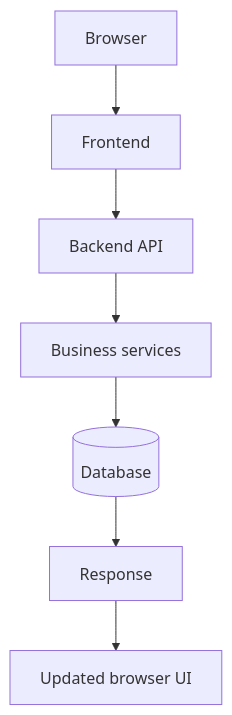
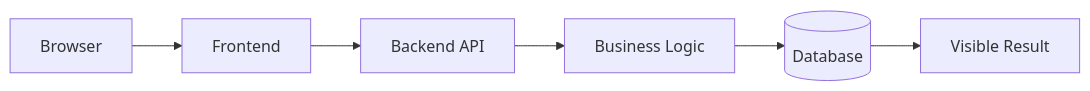
One commit to AvadhBhalodiya/Interview-Preparation changed the fifth of 7 diagrams in src/content/testing/unit-integration-e2e.md. Above: the diagram before and after it, drawn with Mermaid. The commit also changed other lines of this file and 54 other files, not shown here.

````diff
--- a/src/content/testing/unit-integration-e2e.md
+++ b/src/content/testing/unit-integration-e2e.md
@@ -457,13 +263,12 @@
 ```mermaid
-flowchart TD
+flowchart LR
     BROWSER[Browser]
     FRONTEND[Frontend]
     API[Backend API]
-    SERVICES[Business services]
+    SERVICE[Business Logic]
     DB[(Database)]
-    RESPONSE[Response]
-    UI[Updated browser UI]
+    RESULT[Visible Result]
 
-    BROWSER --> FRONTEND --> API --> SERVICES --> DB
-    DB --> RESPONSE --> UI
+    BROWSER --> FRONTEND --> API --> SERVICE --> DB
+    DB --> RESULT
 ```
````
